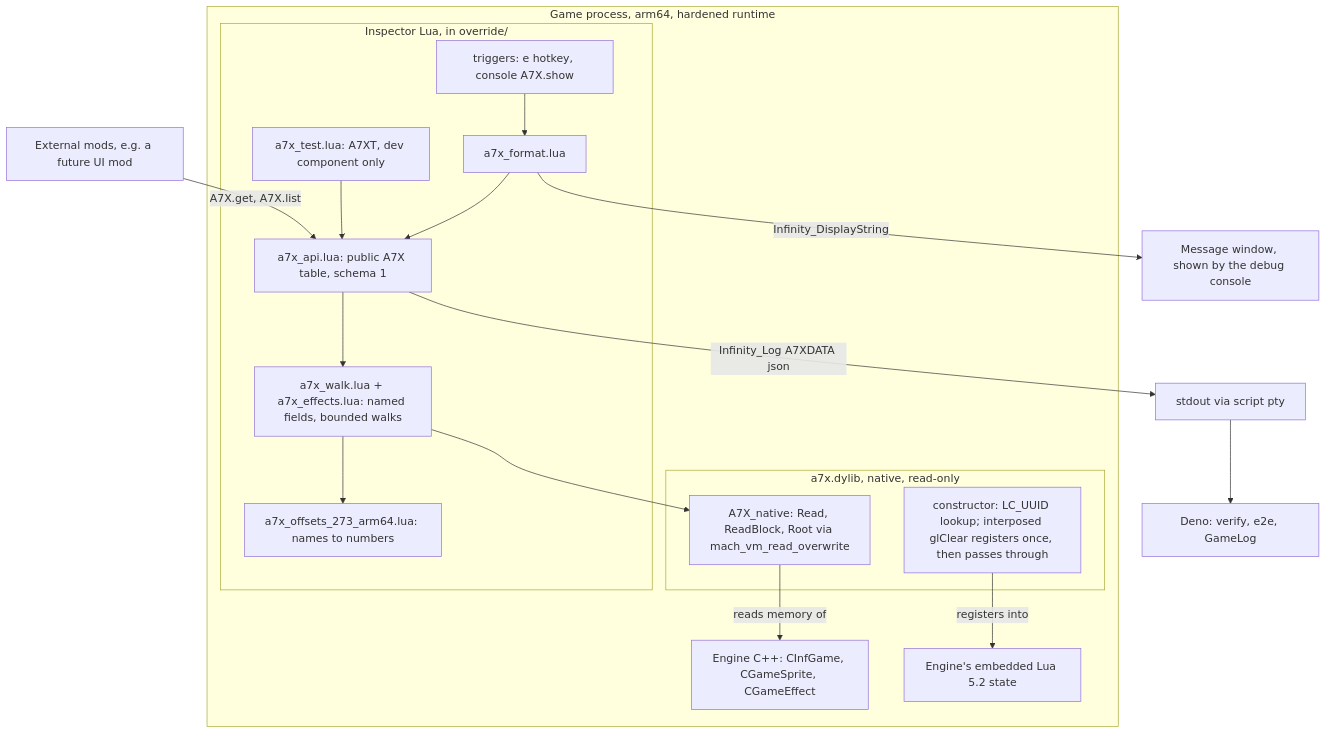
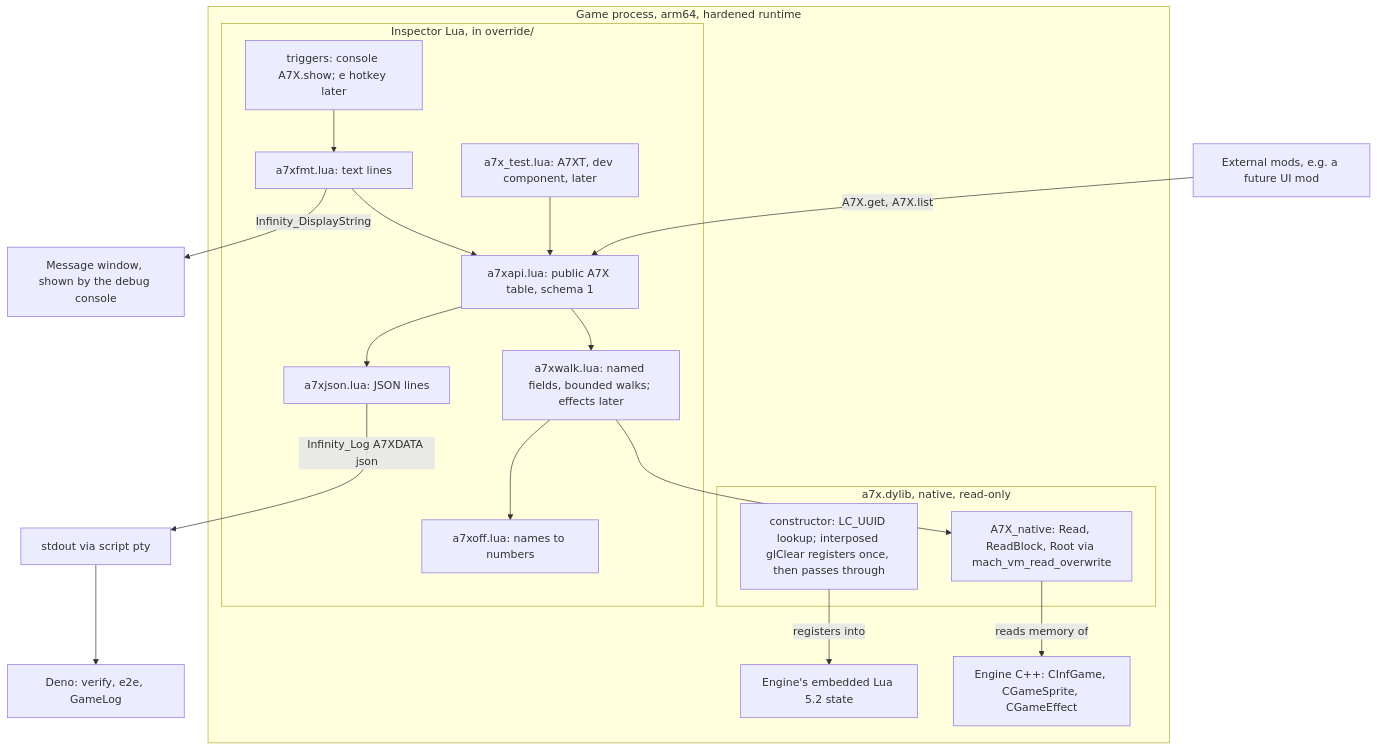
One commit to kabootit/BG2EE-Inspector changed the third of 8 diagrams in docs/architecture.md. Above: the diagram before and after it, drawn with Mermaid. The commit also changed other lines of this file and 2 other files, not shown here.

First line of the commit message:
Document the data flow and the central-schema lesson

````diff
--- a/docs/architecture.md
+++ b/docs/architecture.md
@@ -86,31 +88,33 @@
 ```mermaid
 flowchart TD
   subgraph PROC["Game process, arm64, hardened runtime"]
     ENG["Engine C++: CInfGame, CGameSprite, CGameEffect"]
     LUAVM["Engine's embedded Lua 5.2 state"]
     subgraph NAT["a7x.dylib, native, read-only"]
       CT["constructor: LC_UUID lookup; interposed glClear registers once, then passes through"]
       RD["A7X_native: Read, ReadBlock, Root via mach_vm_read_overwrite"]
     end
     subgraph LUA["Inspector Lua, in override/"]
-      WK["a7x_walk.lua + a7x_effects.lua: named fields, bounded walks"]
-      OF["a7x_offsets_273_arm64.lua: names to numbers"]
-      API["a7x_api.lua: public A7X table, schema 1"]
-      FM["a7x_format.lua"]
-      TR["triggers: e hotkey, console A7X.show"]
-      TS["a7x_test.lua: A7XT, dev component only"]
+      WK["a7xwalk.lua: named fields, bounded walks; effects later"]
+      OF["a7xoff.lua: names to numbers"]
+      API["a7xapi.lua: public A7X table, schema 1"]
+      FM["a7xfmt.lua: text lines"]
+      JS["a7xjson.lua: JSON lines"]
+      TR["triggers: console A7X.show; e hotkey later"]
+      TS["a7x_test.lua: A7XT, dev component, later"]
     end
   end
   RD -- "reads memory of" --> ENG
   CT -- "registers into" --> LUAVM
   WK --> RD
   WK --> OF
   API --> WK
   FM --> API
   TR --> FM
   TS --> API
   EXT["External mods, e.g. a future UI mod"] -- "A7X.get, A7X.list" --> API
   FM -- "Infinity_DisplayString" --> MSG["Message window, shown by the debug console"]
-  API -- "Infinity_Log A7XDATA json" --> OUT["stdout via script pty"]
+  API --> JS
+  JS -- "Infinity_Log A7XDATA json" --> OUT["stdout via script pty"]
   OUT --> DENO["Deno: verify, e2e, GameLog"]
 ```
````
